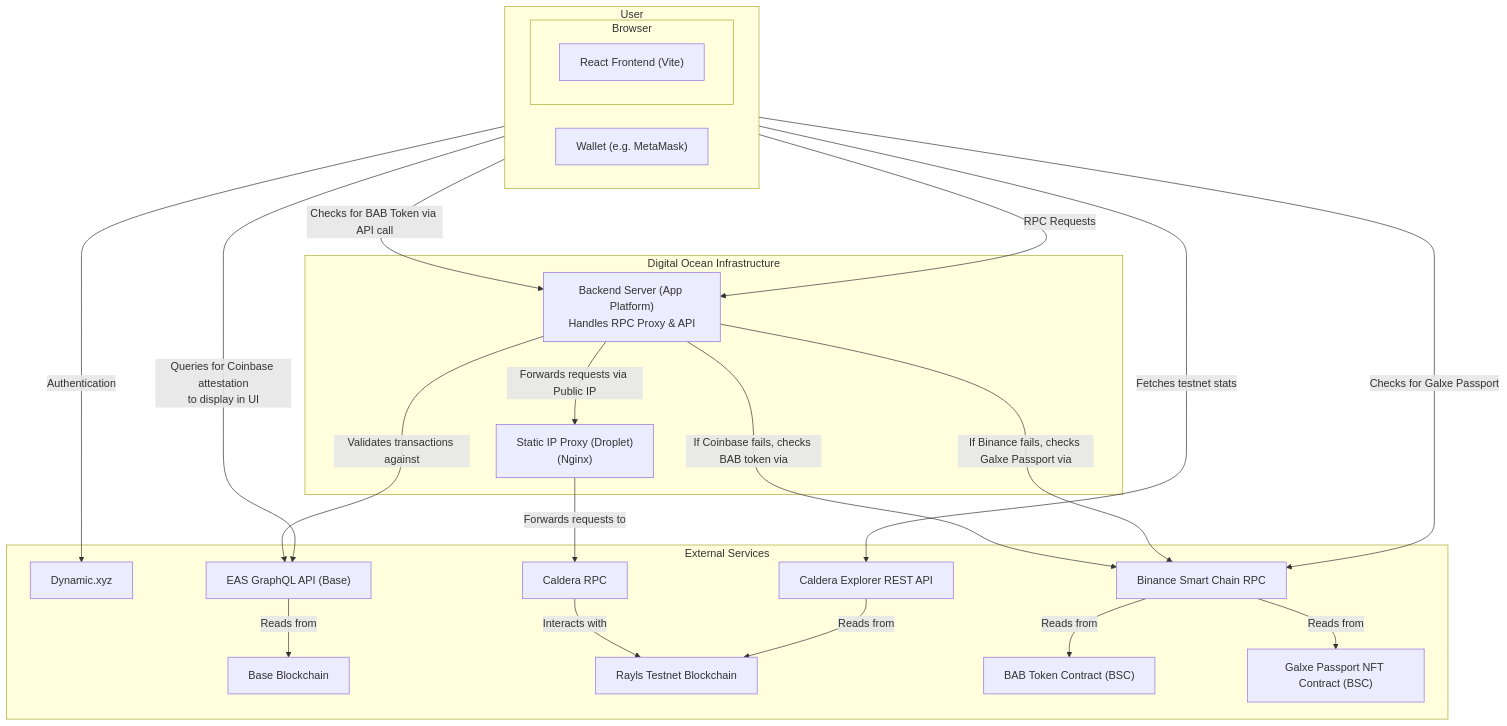
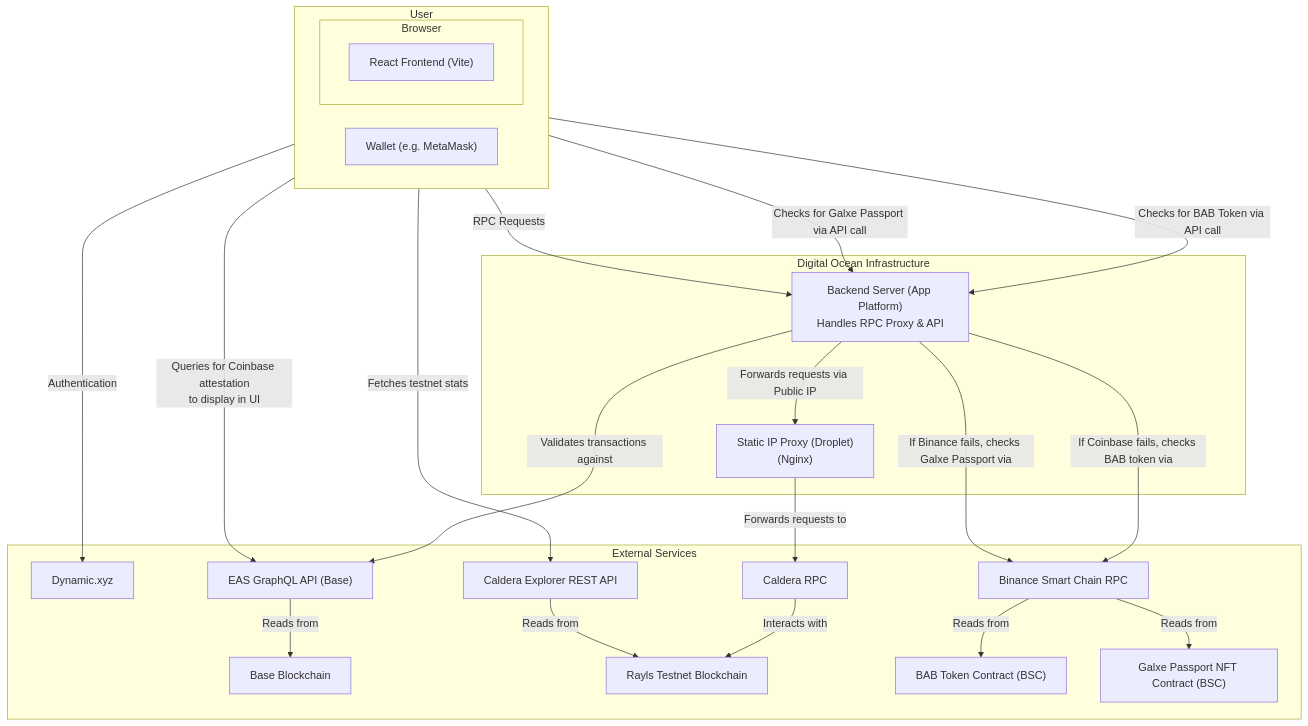
The diagram in README.md (AlexJupiter/rayls-dapp), drawn with Mermaid before and after one commit.

Commit message:
Galxe passport update to arch diagram

````diff
--- a/README.md
+++ b/README.md
@@ -24,44 +24,44 @@
 ```mermaid
 graph TD
     subgraph "User"
         direction LR
         subgraph "Browser"
             A["React Frontend (Vite)"]
         end
         H["Wallet (e.g. MetaMask)"]
     end
 
     subgraph "Digital Ocean Infrastructure"
         B["Backend Server (App Platform)<br/>Handles RPC Proxy & API"]
         P["Static IP Proxy (Droplet)<br/>(Nginx)"]
     end
 
     subgraph "External Services"
         C["Dynamic.xyz"]
         D["Caldera RPC"]
         E["EAS GraphQL API (Base)"]
         F["Base Blockchain"]
         G["Rayls Testnet Blockchain"]
         I["Caldera Explorer REST API"]
         J["Binance Smart Chain RPC"]
         K["BAB Token Contract (BSC)"]
         L["Galxe Passport NFT Contract (BSC)"]
     end
 
     A -- "Authentication" --> C;
     A -- "Queries for Coinbase attestation<br/>to display in UI" --> E;
     A -- "Checks for BAB Token via API call" --> B
-    A -- "Checks for Galxe Passport" --> J
+    A -- "Checks for Galxe Passport via API call" --> B
     A -- "Fetches testnet stats" --> I;
     H -- "RPC Requests" --> B;
     B -- "Forwards requests via Public IP" --> P;
     P -- "Forwards requests to" --> D;
     D -- "Interacts with" --> G;
     B -- "Validates transactions against" --> E;
     B -- "If Coinbase fails, checks BAB token via" --> J
     B -- "If Binance fails, checks Galxe Passport via" --> J
     E -- "Reads from" --> F;
     I -- "Reads from" --> G;
     J -- "Reads from" --> K;
     J -- "Reads from" --> L;
 ```
````
